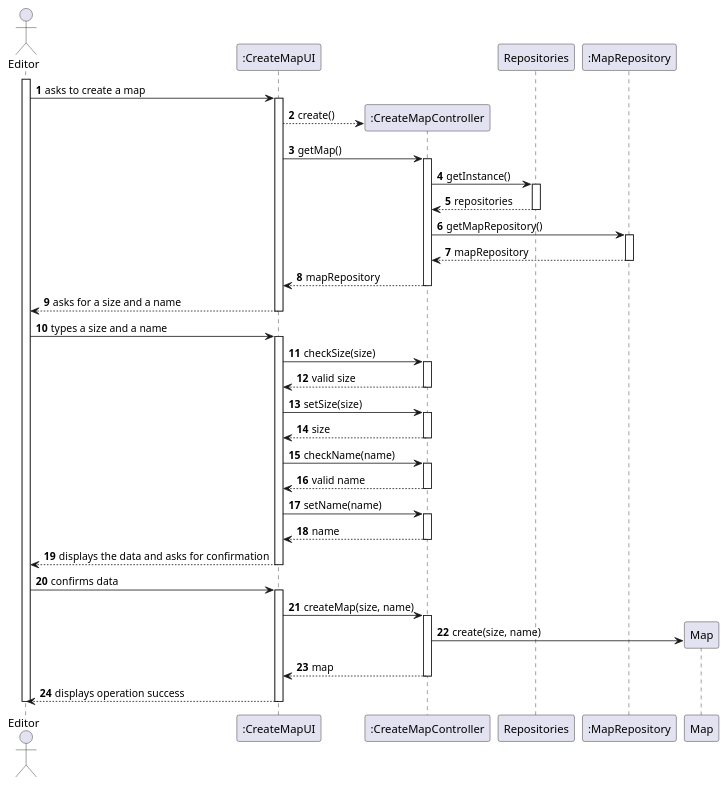
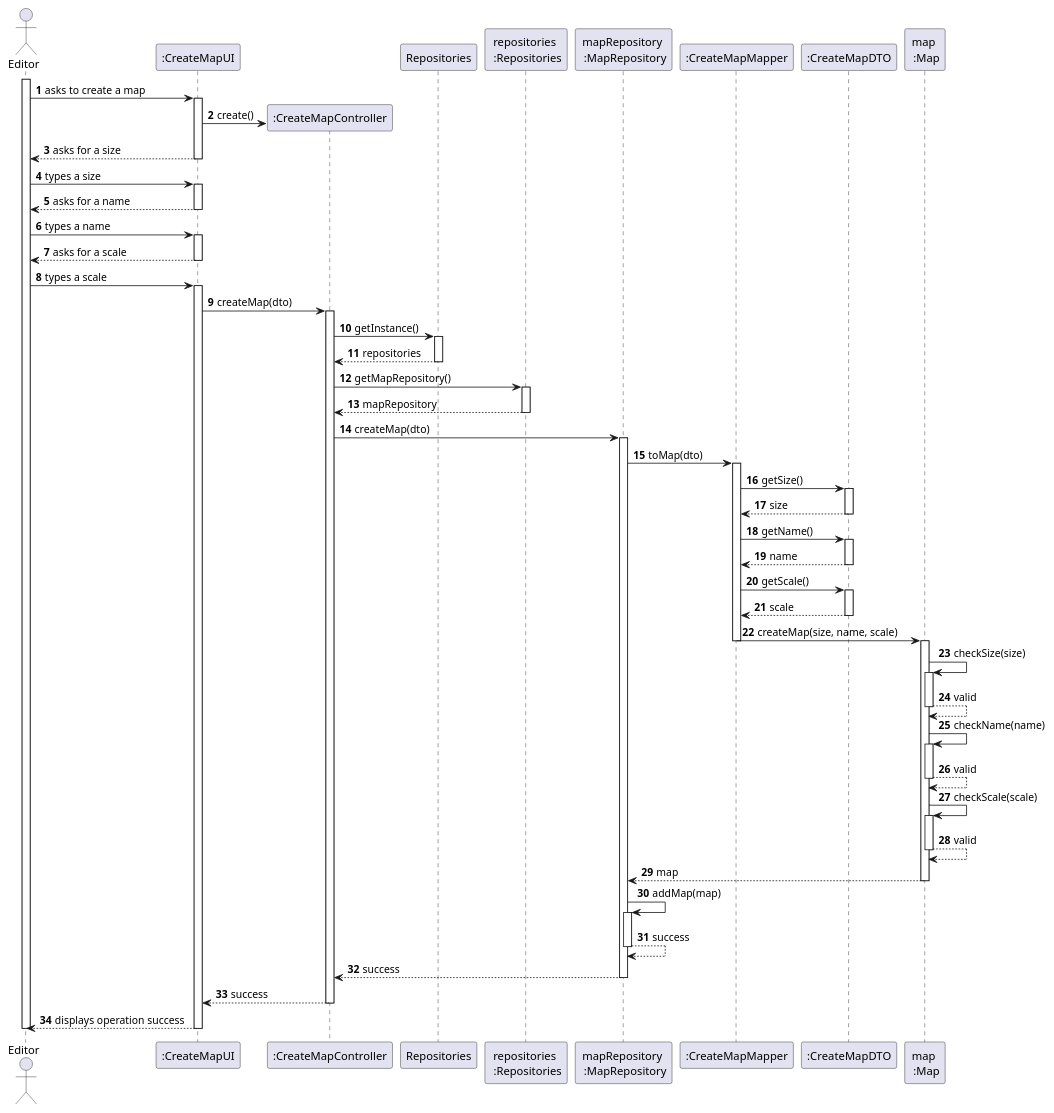
Before and after one commit to 1240935/pi2-railway-simulator: the diagram in Sprint3/US001/03.design/puml/US001-SD-full.puml, drawn with PlantUML. The commit also changed 8 other files, not shown here.

```diff
--- a/Sprint3/US001/03.design/puml/US001-SD-full.puml
+++ b/Sprint3/US001/03.design/puml/US001-SD-full.puml
@@ -1,76 +1,111 @@
 @startuml
 'skinparam monochrome true
 skinparam packageStyle rectangle
 skinparam shadowing false
 
 autonumber
 
 'hide footbox
 
-    actor "Editor" as EDITOR
-    participant ":CreateMapUI" as UI
-    participant ":CreateMapController" as CTRL
-    participant "Repositories" as REPOS
-    participant ":MapRepository" as MAP_REPO
-    participant "Map" as MAP
+actor "Editor" as EDITOR
+participant ":CreateMapUI" as UI
+participant ":CreateMapController" as CTRL
+participant "Repositories" as REPOS
+participant "repositories \n :Repositories" as REPO_SINGLETON
+participant "mapRepository \n :MapRepository" as MAP_REPO
+participant ":CreateMapMapper" as MAPPER
+participant ":CreateMapDTO" as DTO
+participant "map \n :Map" as MAP
 
-    activate EDITOR
+activate EDITOR
 
-        EDITOR -> UI : asks to create a map
-        activate UI
-            UI --> CTRL** : create()
+EDITOR -> UI : asks to create a map
+activate UI
 
-            UI -> CTRL : getMap()
-            activate CTRL
-              CTRL -> REPOS : getInstance()
-              activate REPOS
-                REPOS --> CTRL: repositories
-              deactivate REPOS
-                CTRL -> MAP_REPO : getMapRepository()
-              activate MAP_REPO
-                MAP_REPO --> CTRL: mapRepository
-              deactivate MAP_REPO
-                CTRL --> UI : mapRepository
-            deactivate CTRL
+    UI -> CTRL** : create()
+    UI --> EDITOR : asks for a size
+deactivate UI
 
-            UI --> EDITOR : asks for a size and a name
-        deactivate UI
+EDITOR -> UI : types a size
+activate UI
 
-        EDITOR -> UI :  types a size and a name
-        activate UI
+    UI --> EDITOR : asks for a name
+deactivate UI
 
-            UI -> CTRL: checkSize(size)
-            activate CTRL
-                CTRL --> UI : valid size
-                deactivate CTRL
-            UI -> CTRL: setSize(size)
-            activate CTRL
-                CTRL --> UI : size
-            deactivate CTRL
-            UI -> CTRL: checkName(name)
-            activate CTRL
-                CTRL --> UI : valid name
-            deactivate CTRL
-            UI -> CTRL: setName(name)
-            activate CTRL
-            CTRL --> UI: name
-            deactivate CTRL
+EDITOR -> UI :  types a name
+activate UI
 
-            UI --> EDITOR : displays the data and asks for confirmation
+UI --> EDITOR : asks for a scale
+deactivate UI
 
-        deactivate UI
+EDITOR -> UI :  types a scale
+activate UI
 
-        EDITOR -> UI : confirms data
-        activate UI
+UI -> CTRL : createMap(dto)
+activate CTRL
 
-            UI -> CTRL : createMap(size, name)
-            activate CTRL
-                CTRL -> MAP**: create(size, name)
+CTRL -> REPOS : getInstance()
+activate REPOS
 
-                CTRL --> UI : map
-                deactivate CTRL
-            UI --> EDITOR : displays operation success
-        deactivate UI
+    REPOS --> CTRL : repositories
+deactivate REPOS
 
-    deactivate EDITOR
-    @enduml
+CTRL -> REPO_SINGLETON : getMapRepository()
+activate REPO_SINGLETON
+REPO_SINGLETON --> CTRL: mapRepository
+deactivate REPO_SINGLETON
+CTRL -> MAP_REPO: createMap(dto)
+activate MAP_REPO
+
+MAP_REPO -> MAPPER : toMap(dto)
+activate MAPPER
+
+MAPPER -> DTO: getSize()
+activate DTO
+
+DTO --> MAPPER: size
+deactivate DTO
+MAPPER -> DTO: getName()
+activate DTO
+
+DTO --> MAPPER: name
+deactivate DTO
+MAPPER -> DTO: getScale()
+activate DTO
+
+DTO --> MAPPER: scale
+deactivate DTO
+MAPPER -> MAP: createMap(size, name, scale)
+deactivate
+    activate MAP
+        MAP -> MAP : checkSize(size)
+        activate MAP
+        MAP --> MAP : valid
+        deactivate MAP
+
+        MAP -> MAP : checkName(name)
+        activate MAP
+        MAP --> MAP : valid
+        deactivate MAP
+
+        MAP -> MAP : checkScale(scale)
+                activate MAP
+                MAP --> MAP : valid
+                deactivate MAP
+
+        MAP --> MAP_REPO : map
+    deactivate MAP
+
+    MAP_REPO -> MAP_REPO : addMap(map)
+    activate MAP_REPO
+    MAP_REPO --> MAP_REPO: success
+    deactivate MAP_REPO
+    MAP_REPO --> CTRL : success
+deactivate MAP_REPO
+
+CTRL --> UI : success
+deactivate CTRL
+UI --> EDITOR : displays operation success
+deactivate UI
+deactivate EDITOR
+@enduml
```
